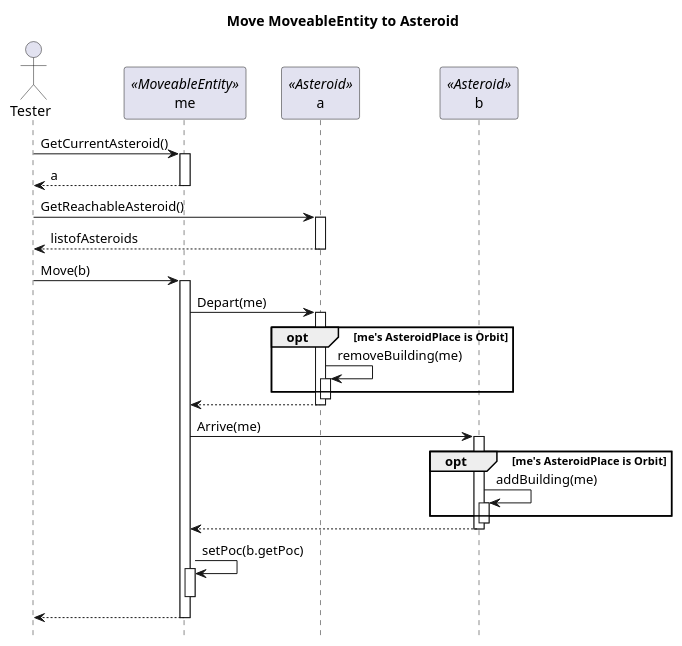
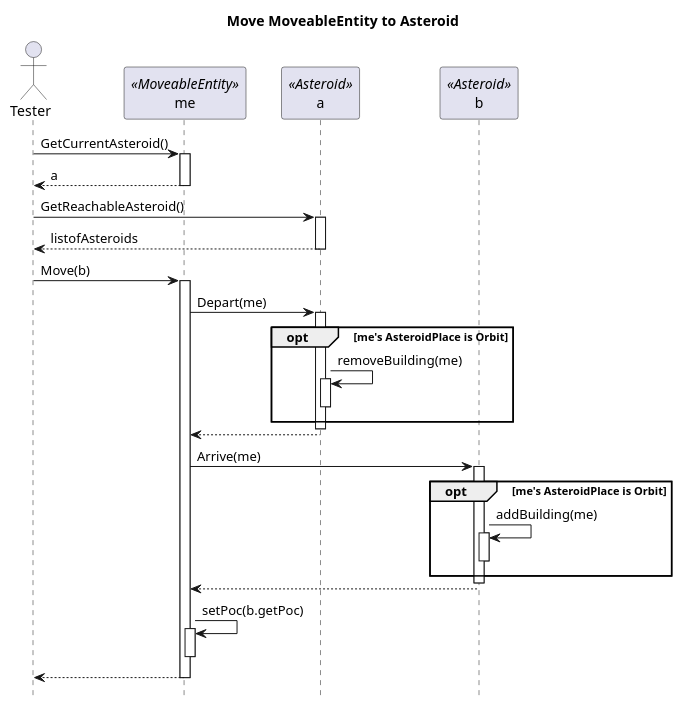
Before and after one commit to viseguard-studios/Documentation: the diagram in docs/bead07/Diagrams/Move/Move-ME-to-asteroid.puml, drawn with PlantUML.

Commit message:
move fixed

```diff
--- a/docs/bead07/Diagrams/Move/Move-ME-to-asteroid.puml
+++ b/docs/bead07/Diagrams/Move/Move-ME-to-asteroid.puml
@@ -1,60 +1,59 @@
 @startuml
 hide footbox
 title Move MoveableEntity to Asteroid
 
 
 actor Tester as Tester
 
 
 participant me as me <<MoveableEntity>>
 
 participant a as a <<Asteroid>>
 participant b as b <<Asteroid>>
 
 Tester -> me ++ : GetCurrentAsteroid()
 me --> Tester: a
 deactivate me
 
 Tester -> a : GetReachableAsteroid()
 activate a
 
 a --> Tester : listofAsteroids
 deactivate a
 
 Tester -> me : Move(b)
 activate me
 
 me -> a ++: Depart(me)
 
 opt me's AsteroidPlace is Orbit
 
-a -> a : removeBuilding(me)
-activate a
+a -> a ++: removeBuilding(me)
+a--
 
 end
 deactivate a
 
 a --> me
 deactivate a
 
 me -> b ++ : Arrive(me)
 
 opt me's AsteroidPlace is Orbit
 
-b -> b : addBuilding(me)
-activate b
-
+b -> b ++: addBuilding(me)
+b--
 end
 deactivate b
 
 b --> me
 deactivate b
 
 me -> me :setPoc(b.getPoc)
 activate me
 deactivate me
 
 me --> Tester
 deactivate me
 
 @enduml
```
